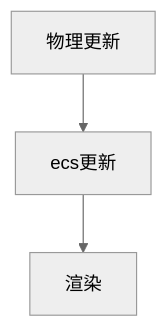
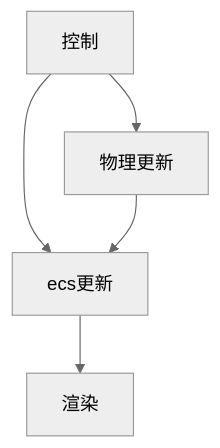
One commit to k88936/bbbwd changed the diagram in doc/框架.md. Above: the diagram before and after it, drawn with Mermaid (neutral theme). The commit also changed other lines of this file and 6 other files, not shown here.

````diff
--- a/doc/框架.md
+++ b/doc/框架.md
@@ -11,4 +11,6 @@
 ```mermaid
 graph TB
+D[控制] --> A
+D --> B
 A[物理更新] --> B[ecs更新]-->C[渲染]
 ```
````
